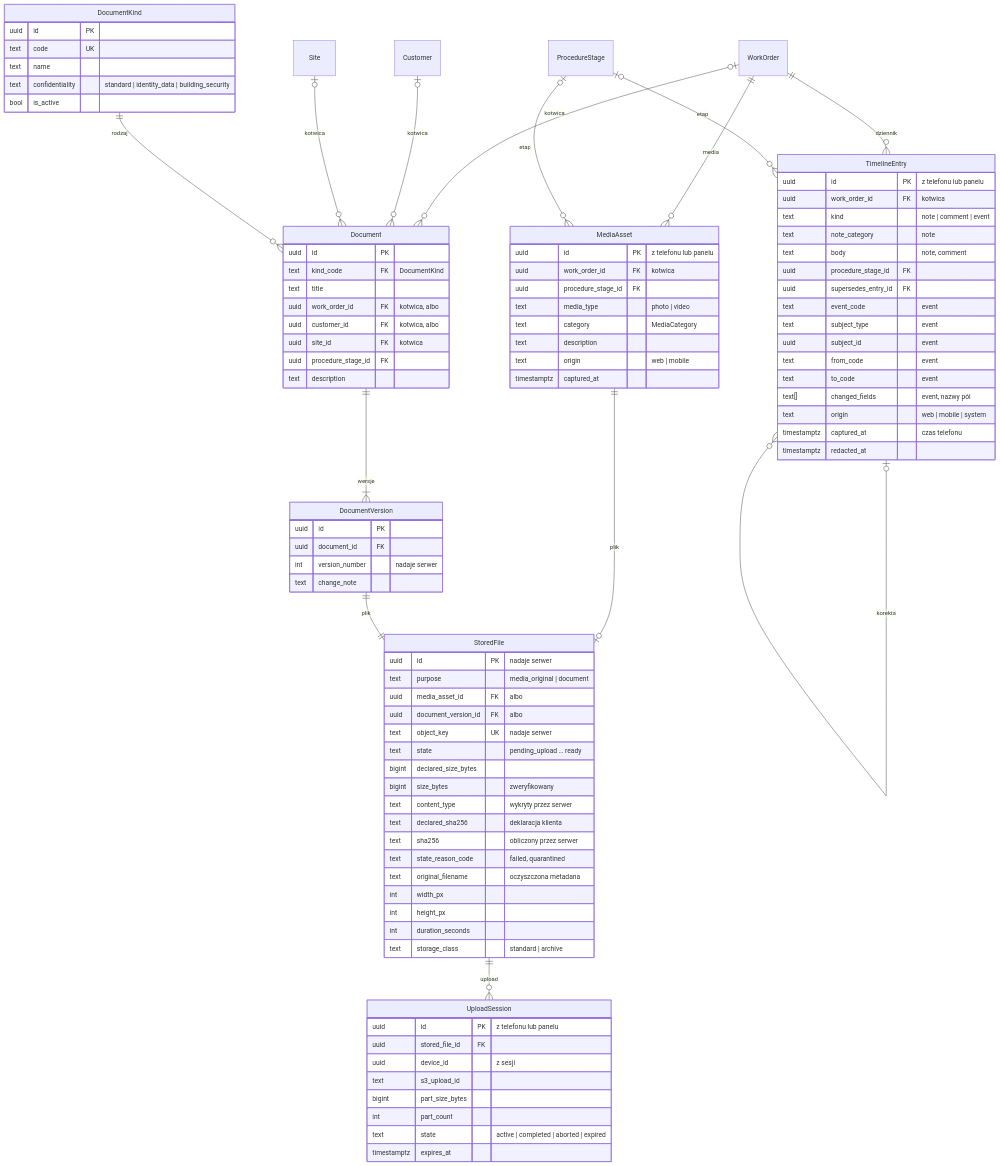
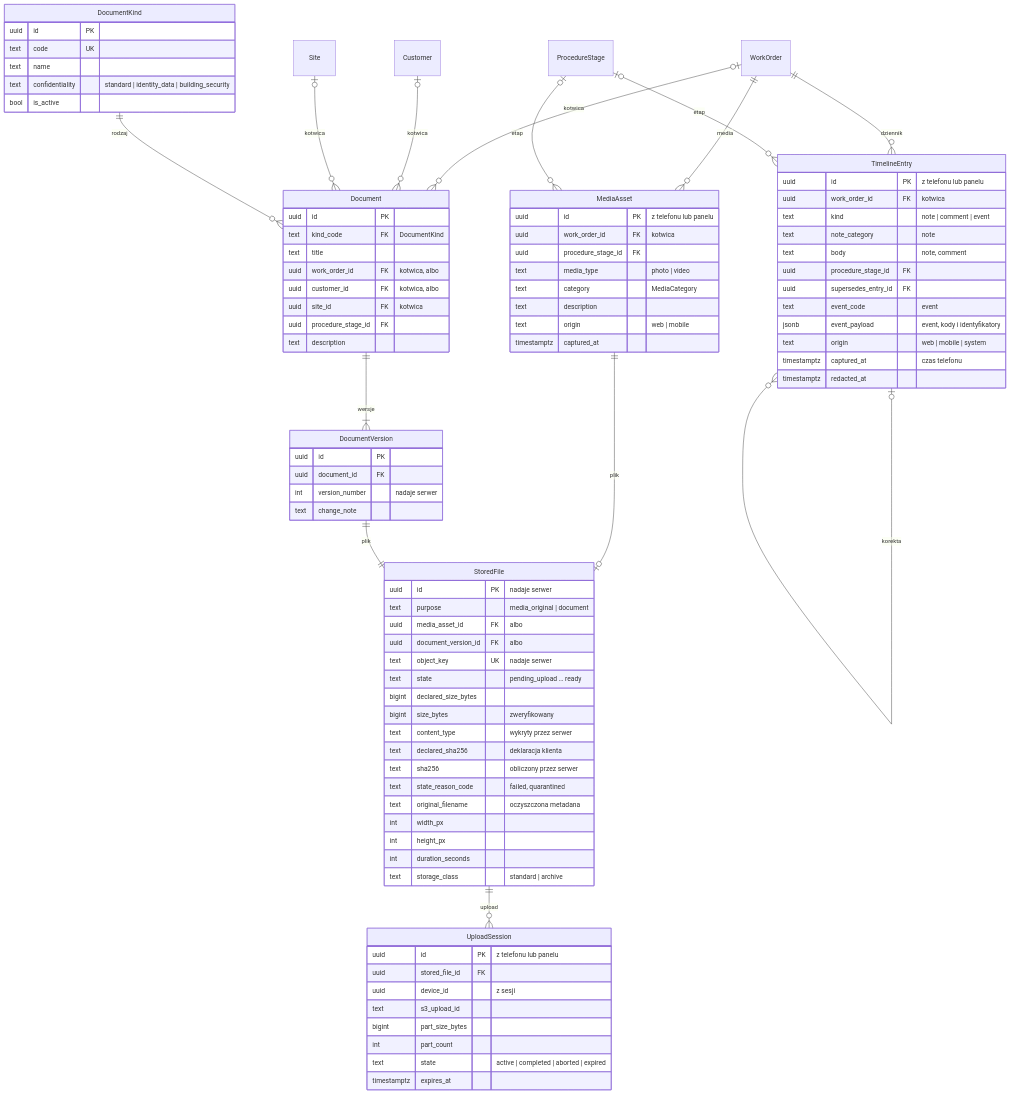
Before and after one commit to konradkluz/evia-manager: the fourth of 8 diagrams in docs/architecture/domain-model.md, drawn with Mermaid. The commit also changed other lines of this file and 30 other files, not shown here.

Commit message:
feat(timeline): write journal events for orders and stages in the transaction of the change [EVM-038]

```diff
--- a/docs/architecture/domain-model.md
+++ b/docs/architecture/domain-model.md
@@ -414,11 +414,7 @@
     uuid procedure_stage_id FK
     uuid supersedes_entry_id FK
     text event_code "event"
-    text subject_type "event"
-    uuid subject_id "event"
-    text from_code "event"
-    text to_code "event"
-    text[] changed_fields "event, nazwy pól"
+    jsonb event_payload "event, kody i identyfikatory"
     text origin "web | mobile | system"
     timestamptz captured_at "czas telefonu"
     timestamptz redacted_at
```
